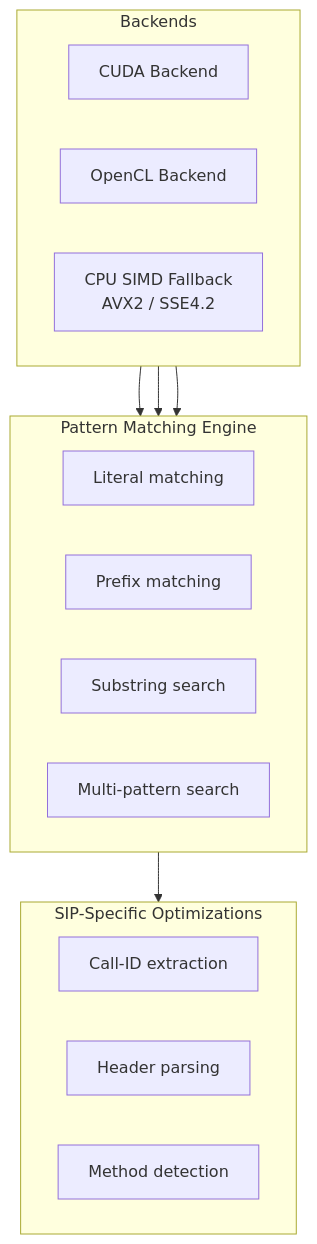
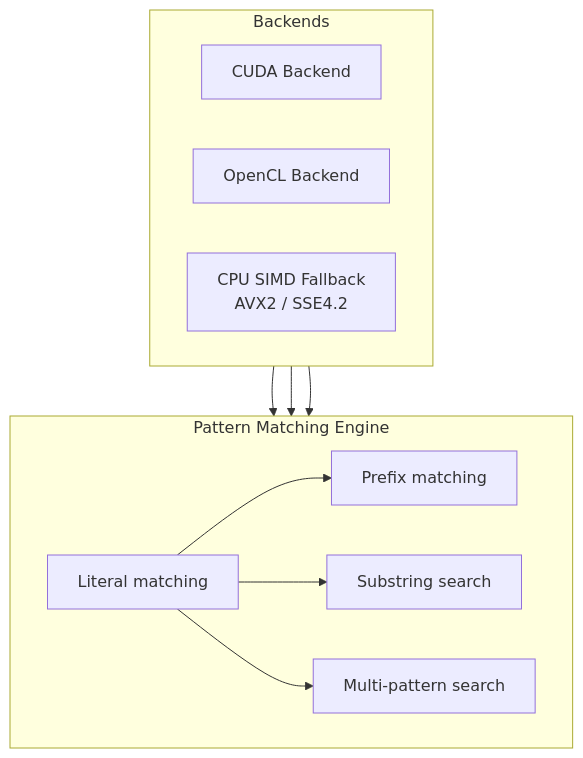
Before and after one commit to endorses/lippycat: the diagram in docs/GPU_ACCELERATION.md, drawn with Mermaid. The commit also changed other lines of this file and 14 other files, not shown here.

````diff
--- a/docs/GPU_ACCELERATION.md
+++ b/docs/GPU_ACCELERATION.md
@@ -15,29 +19,24 @@
 ```mermaid
 flowchart TB
     subgraph Backends
         direction LR
         CUDA[CUDA Backend]
         OpenCL[OpenCL Backend]
         SIMD["CPU SIMD Fallback<br/>AVX2 / SSE4.2"]
     end
 
     subgraph PME[Pattern Matching Engine]
         direction LR
         PM1[Literal matching]
         PM2[Prefix matching]
         PM3[Substring search]
         PM4[Multi-pattern search]
     end
 
-    subgraph SIP[SIP-Specific Optimizations]
-        direction LR
-        S1[Call-ID extraction]
-        S2[Header parsing]
-        S3[Method detection]
-    end
-
     CUDA --> PM1
     OpenCL --> PM1
     SIMD --> PM1
-    PM1 --> S1
+    PM1 --> PM2
+    PM1 --> PM3
+    PM1 --> PM4
 ```
````
